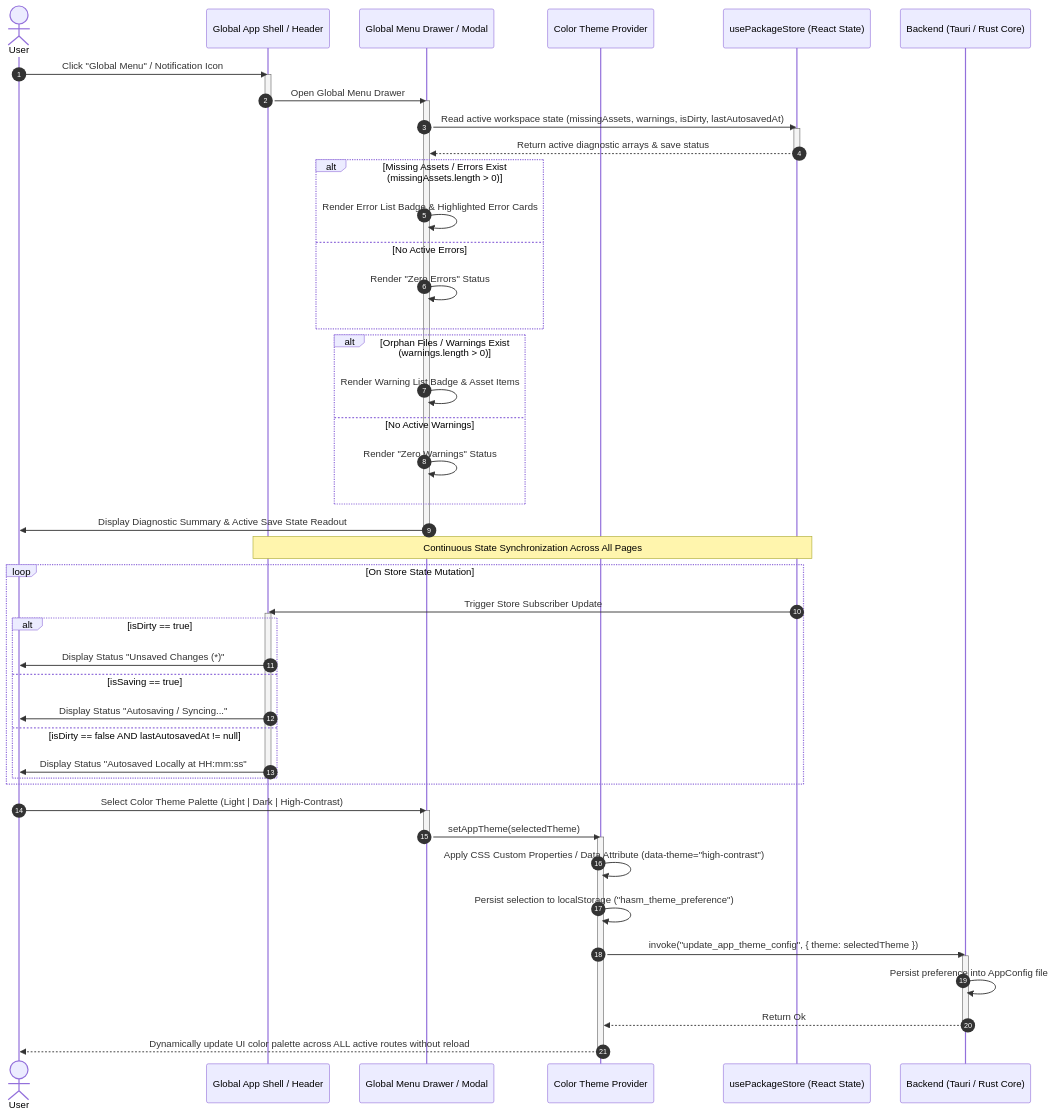
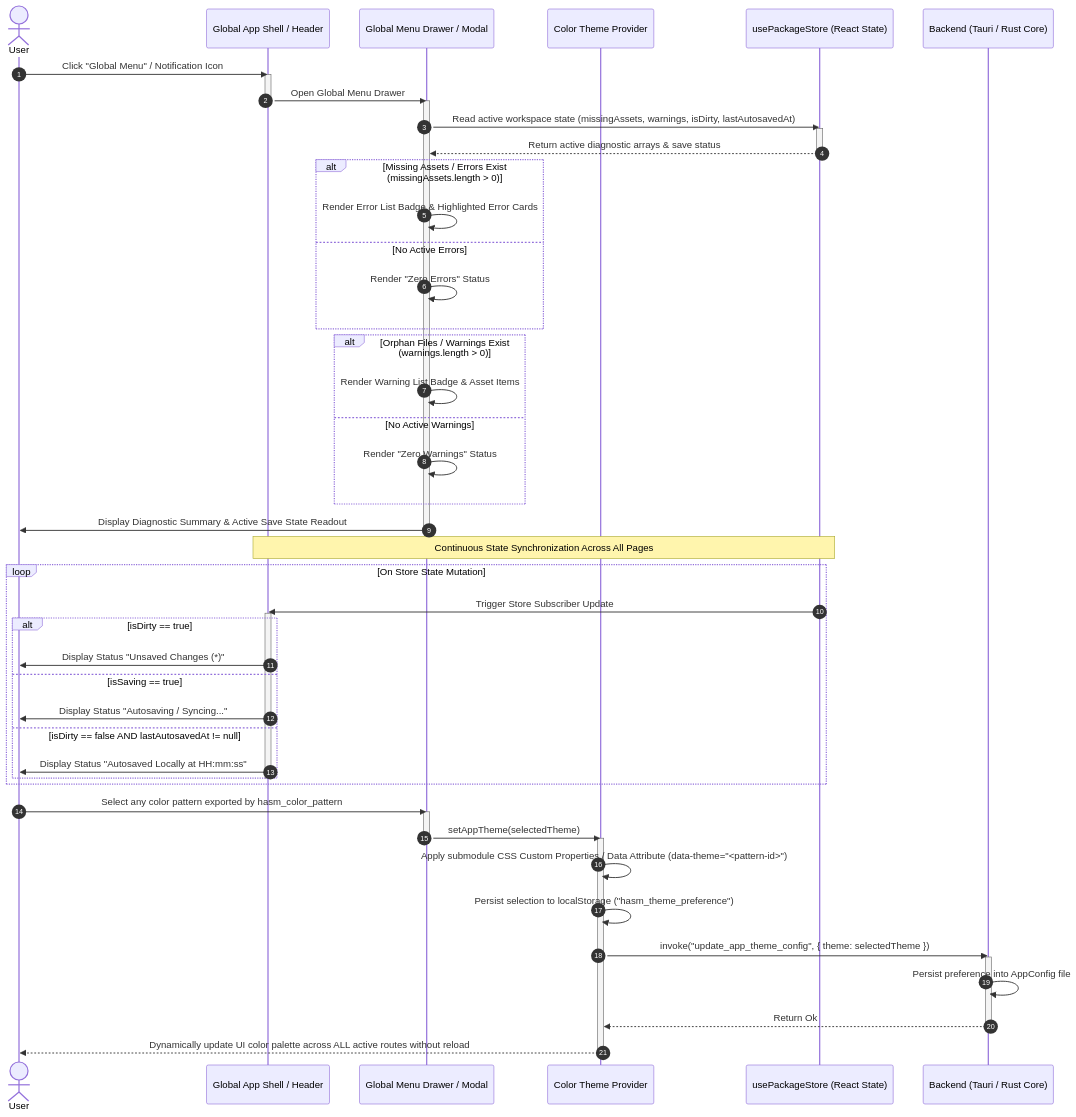
One commit to HibiyaHaraki/hasm_markdown changed the diagram in docs/arch/15-SEQ-MD-06_Others.md. Above: the diagram before and after it, drawn with Mermaid. The commit also changed other lines of this file and 5 other files, not shown here.

Commit message:
Adapt theme color from submodule hasm_color_pattern

````diff
--- a/docs/arch/15-SEQ-MD-06_Others.md
+++ b/docs/arch/15-SEQ-MD-06_Others.md
@@ -19,73 +19,73 @@
 ```mermaid
 sequenceDiagram
     autonumber
     actor User
     participant AppLayout as Global App Shell / Header
     participant GlobalMenu as Global Menu Drawer / Modal
     participant ThemeProvider as Color Theme Provider
     participant Store as usePackageStore (React State)
     participant Rust as Backend (Tauri / Rust Core)
 
     %% Phase 1: Global Menu Invocation & Diagnostic Inspection
     User->>AppLayout: Click "Global Menu" / Notification Icon
     activate AppLayout
     AppLayout->>GlobalMenu: Open Global Menu Drawer
     deactivate AppLayout
     activate GlobalMenu
 
     GlobalMenu->>Store: Read active workspace state (missingAssets, warnings, isDirty, lastAutosavedAt)
     activate Store
     Store-->>GlobalMenu: Return active diagnostic arrays & save status
     deactivate Store
 
     alt Missing Assets / Errors Exist (missingAssets.length > 0)
         GlobalMenu->>GlobalMenu: Render Error List Badge & Highlighted Error Cards
     else No Active Errors
         GlobalMenu->>GlobalMenu: Render "Zero Errors" Status
     end
 
     alt Orphan Files / Warnings Exist (warnings.length > 0)
         GlobalMenu->>GlobalMenu: Render Warning List Badge & Asset Items
     else No Active Warnings
         GlobalMenu->>GlobalMenu: Render "Zero Warnings" Status
     end
 
     GlobalMenu->>User: Display Diagnostic Summary & Active Save State Readout
     deactivate GlobalMenu
 
     %% Phase 2: Live Save State Readout Updates
     Note over AppLayout,Store: Continuous State Synchronization Across All Pages
     loop On Store State Mutation
         Store->>AppLayout: Trigger Store Subscriber Update
         activate AppLayout
         
         alt isDirty == true
             AppLayout->>User: Display Status "Unsaved Changes (*)"
         else isSaving == true
             AppLayout->>User: Display Status "Autosaving / Syncing..."
         else isDirty == false AND lastAutosavedAt != null
             AppLayout->>User: Display Status "Autosaved Locally at HH:mm:ss"
         end
         deactivate AppLayout
     end
 
     %% Phase 3: App-wide 3-Color Theme Switching
-    User->>GlobalMenu: Select Color Theme Palette (Light | Dark | High-Contrast)
+    User->>GlobalMenu: Select any color pattern exported by hasm_color_pattern
     activate GlobalMenu
     GlobalMenu->>ThemeProvider: setAppTheme(selectedTheme)
     deactivate GlobalMenu
     activate ThemeProvider
 
-    ThemeProvider->>ThemeProvider: Apply CSS Custom Properties / Data Attribute (data-theme="high-contrast")
+    ThemeProvider->>ThemeProvider: Apply submodule CSS Custom Properties / Data Attribute (data-theme="<pattern-id>")
     ThemeProvider->>ThemeProvider: Persist selection to localStorage ("hasm_theme_preference")
 
     ThemeProvider->>Rust: invoke("update_app_theme_config", { theme: selectedTheme })
     activate Rust
     Rust->>Rust: Persist preference into AppConfig file
     Rust-->>ThemeProvider: Return Ok
     deactivate Rust
 
     ThemeProvider-->>User: Dynamically update UI color palette across ALL active routes without reload
     deactivate ThemeProvider
 
 ```
````
